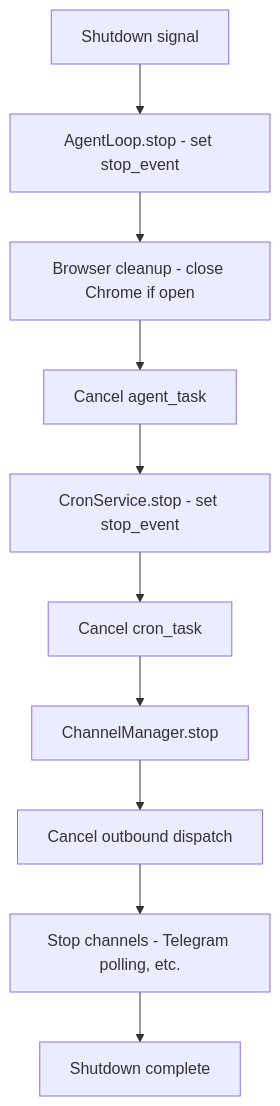
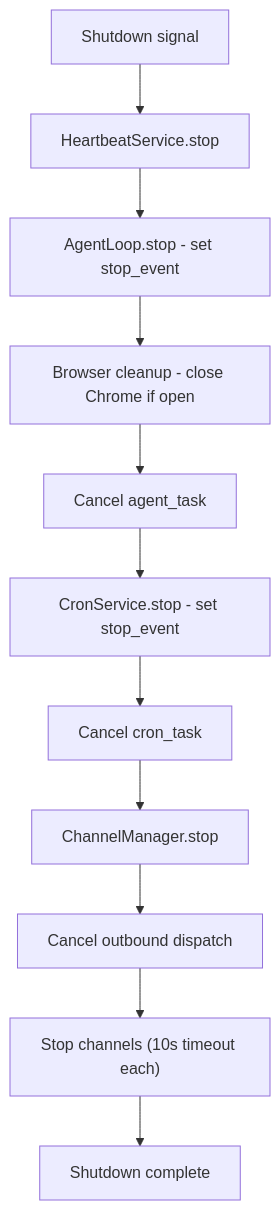
One commit to openbotx/openbotx changed diagram 18 of 19 in docs/flow.md. Above: the diagram before and after it, drawn with Mermaid. The commit also changed other lines of this file and 21 other files, not shown here.

````diff
--- a/docs/flow.md
+++ b/docs/flow.md
@@ -1627,12 +1776,13 @@
 ```mermaid
 graph TD
-    A[Shutdown signal] --> B[AgentLoop.stop - set stop_event]
-    B --> C[Browser cleanup - close Chrome if open]
-    C --> D[Cancel agent_task]
-    D --> E[CronService.stop - set stop_event]
-    E --> F[Cancel cron_task]
-    F --> G[ChannelManager.stop]
-    G --> H[Cancel outbound dispatch]
-    H --> I[Stop channels - Telegram polling, etc.]
-    I --> J[Shutdown complete]
+    A[Shutdown signal] --> B[HeartbeatService.stop]
+    B --> C[AgentLoop.stop - set stop_event]
+    C --> D[Browser cleanup - close Chrome if open]
+    D --> E[Cancel agent_task]
+    E --> F[CronService.stop - set stop_event]
+    F --> G[Cancel cron_task]
+    G --> H[ChannelManager.stop]
+    H --> I[Cancel outbound dispatch]
+    I --> J["Stop channels (10s timeout each)"]
+    J --> K[Shutdown complete]
 ```
````
